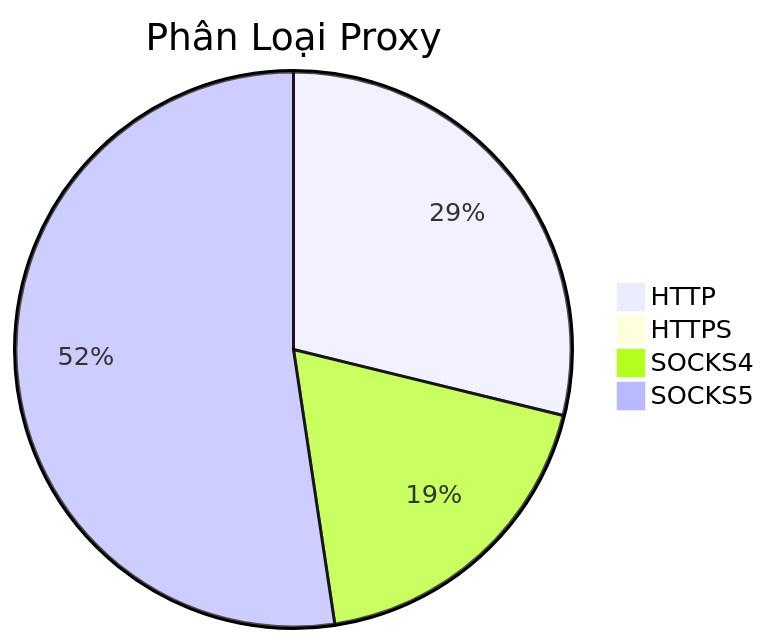
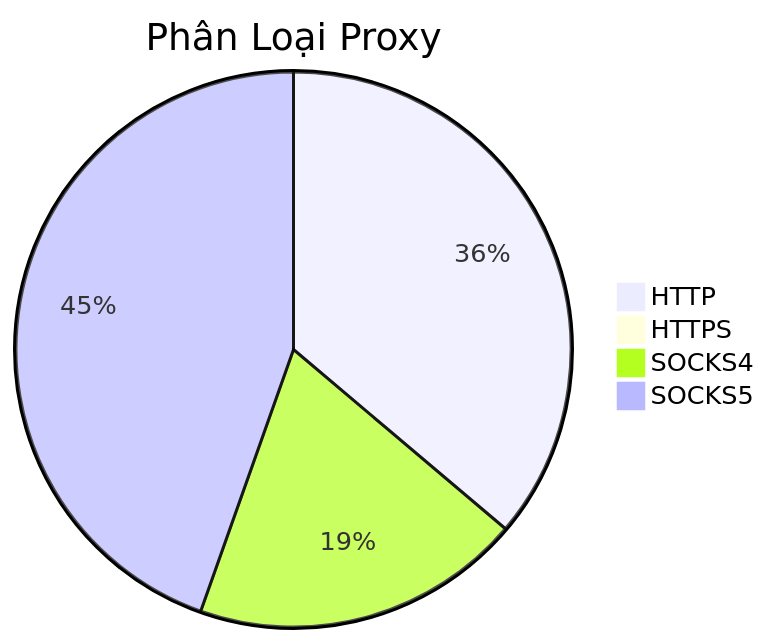
One commit to Ciara-Aa/PROXY-free changed the diagram in README.md. Above: the diagram before and after it, drawn with Mermaid. The commit also changed other lines of this file and 4 other files, not shown here.

````diff
--- a/README.md
+++ b/README.md
@@ -26,7 +26,7 @@
 ```mermaid
 pie title Phân Loại Proxy
-    "HTTP" : 515
-    "HTTPS" : 4
-    "SOCKS4" : 336
-    "SOCKS5" : 936
+    "HTTP" : 577
+    "HTTPS" : 2
+    "SOCKS4" : 307
+    "SOCKS5" : 711
 ```
````
